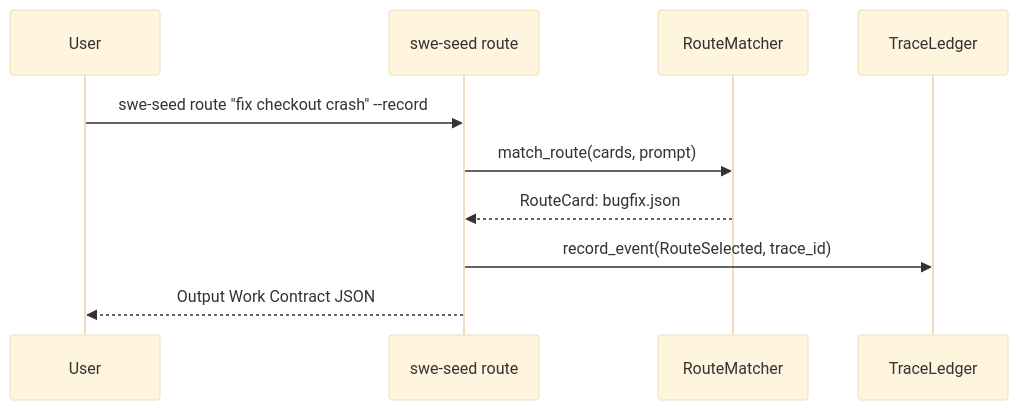
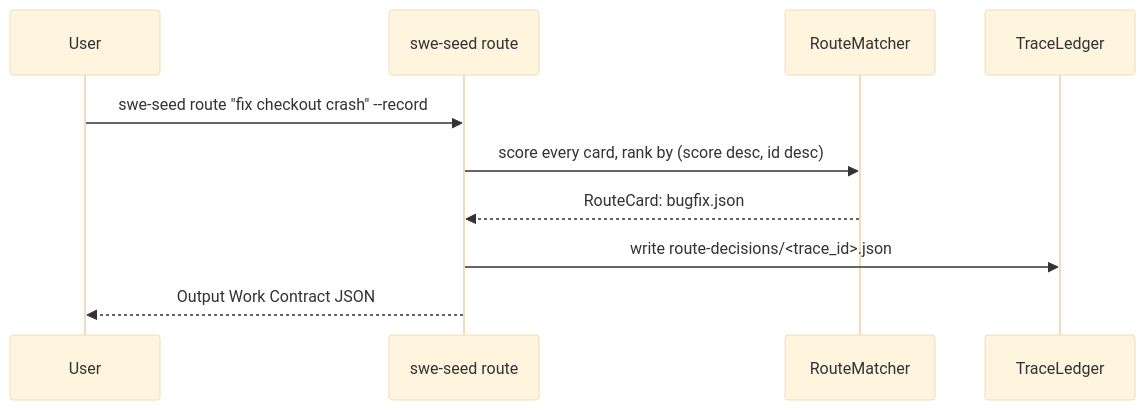
The third of 3 diagrams in docs/subsystems/routing-engine.md (GodSpeedAI/swe_seed), drawn with Mermaid (base theme) before and after one commit. The commit also changed other lines of this file and 29 other files, not shown here.

````diff
--- a/docs/subsystems/routing-engine.md
+++ b/docs/subsystems/routing-engine.md
@@ -76,13 +107,13 @@
 ```mermaid
 sequenceDiagram
     participant User
     participant CLI as swe-seed route
     participant Engine as RouteMatcher
     participant Ledger as TraceLedger
 
     User->>CLI: swe-seed route "fix checkout crash" --record
-    CLI->>Engine: match_route(cards, prompt)
+    CLI->>Engine: score every card, rank by (score desc, id desc)
     Engine-->>CLI: RouteCard: bugfix.json
-    CLI->>Ledger: record_event(RouteSelected, trace_id)
+    CLI->>Ledger: write route-decisions/<trace_id>.json
     CLI-->>User: Output Work Contract JSON
 ```
````
